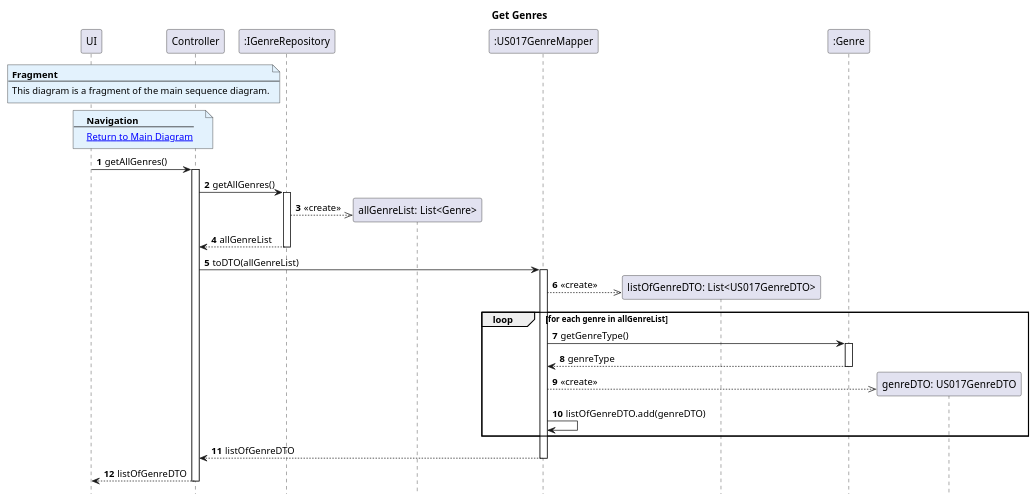
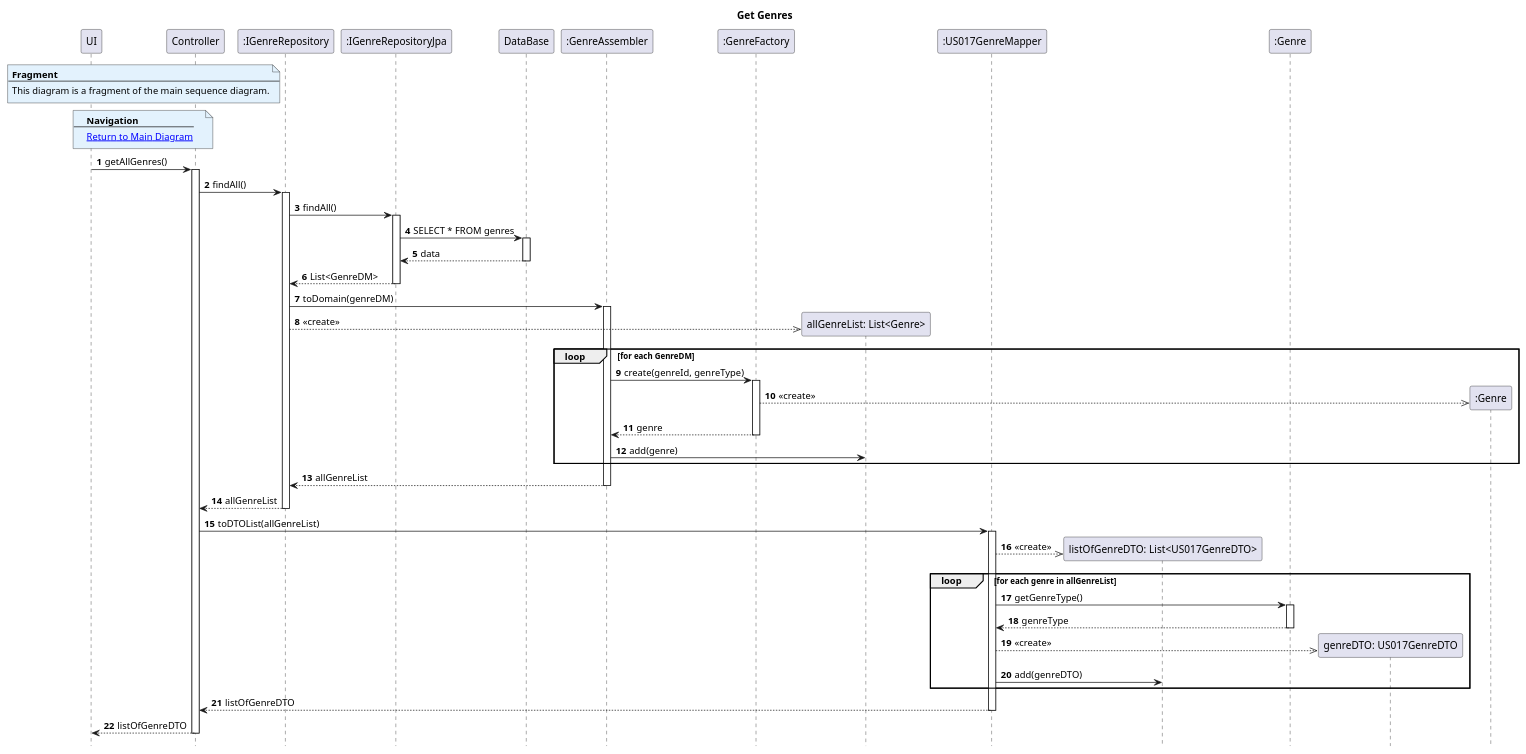
One commit to AndrePereiraGitH/SWitCH-Project-Team_A changed the diagram in Diagrams/SequenceDiagrams/N2/To-create-private-publication-list/2.GetGenres.puml. Above: the diagram before and after it, drawn with PlantUML. The commit also changed 4 other files, not shown here.

Commit message:
docs: update ToCreatePrivateCollectionOfPublications diagrams to include persistence layer #760

```diff
--- a/Diagrams/SequenceDiagrams/N2/To-create-private-publication-list/2.GetGenres.puml
+++ b/Diagrams/SequenceDiagrams/N2/To-create-private-publication-list/2.GetGenres.puml
@@ -1,56 +1,89 @@
 @startuml
 hide footbox
 autonumber
 title Get Genres
 
 note over UI, Controller #E3F2FD
 <b>Fragment</b>
 ---
 This diagram is a fragment of the main sequence diagram.
 end note
 
 note over UI, Controller #E3F2FD
 <b>Navigation</b>
 ---
 [[1.MainDiagram.puml Return to Main Diagram]]
 end note
 
 participant ":UI" as UI
 participant ":ToCreateCollectionOfPublicationsController" as Controller
-participant ":IGenreRepository" as GenreRepo
+participant ":IGenreRepository" as Repo
+participant ":IGenreRepositoryJpa" as JpaRepo
+participant "DataBase" as DB
+participant ":GenreAssembler" as Assembler
+participant ":GenreFactory" as Factory
 participant "allGenreList: List<Genre>" as allGenreList
 participant ":US017GenreMapper" as GenreMapper
 participant "listOfGenreDTO: List<US017GenreDTO>" as listOfGenreDTO
 participant ":Genre" as Genre
 participant "genreDTO: US017GenreDTO" as GDTO
 
 UI -> Controller : getAllGenres()
 activate Controller
 
-Controller -> GenreRepo : getAllGenres()
-activate GenreRepo
-GenreRepo -->> allGenreList ** : <<create>>
-GenreRepo --> Controller : allGenreList
-deactivate GenreRepo
+Controller -> Repo : findAll()
+activate Repo
 
-Controller -> GenreMapper : toDTO(allGenreList)
+Repo -> JpaRepo : findAll()
+activate JpaRepo
+
+JpaRepo -> DB : SELECT * FROM genres
+activate DB
+DB --> JpaRepo : data
+deactivate DB
+
+JpaRepo --> Repo : List<GenreDM>
+deactivate JpaRepo
+
+Repo -> Assembler : toDomain(genreDM)
+activate Assembler
+
+Repo -->> allGenreList ** : <<create>>
+
+loop for each GenreDM
+    Assembler -> Factory : create(genreId, genreType)
+    activate Factory
+    create ":Genre" as GenreObj
+    Factory -->> GenreObj : <<create>>
+    Factory --> Assembler : genre
+    deactivate Factory
+    Assembler -> allGenreList : add(genre)
+end
+
+Assembler --> Repo : allGenreList
+deactivate Assembler
+
+Repo --> Controller : allGenreList
+deactivate Repo
+
+Controller -> GenreMapper : toDTOList(allGenreList)
 activate GenreMapper
 GenreMapper -->> listOfGenreDTO ** : <<create>>
 
 loop for each genre in allGenreList
     GenreMapper -> Genre : getGenreType()
     activate Genre
     Genre --> GenreMapper : genreType
     deactivate Genre
 
     GenreMapper -->> GDTO ** : <<create>>
-    GenreMapper -> GenreMapper : listOfGenreDTO.add(genreDTO)
+    GenreMapper -> listOfGenreDTO : add(genreDTO)
 end
 
 GenreMapper --> Controller : listOfGenreDTO
 deactivate GenreMapper
 
 Controller --> UI : listOfGenreDTO
 deactivate Controller
 
 @enduml
```
